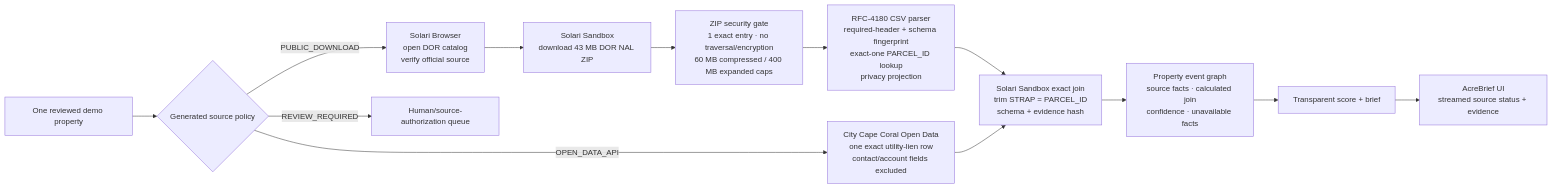
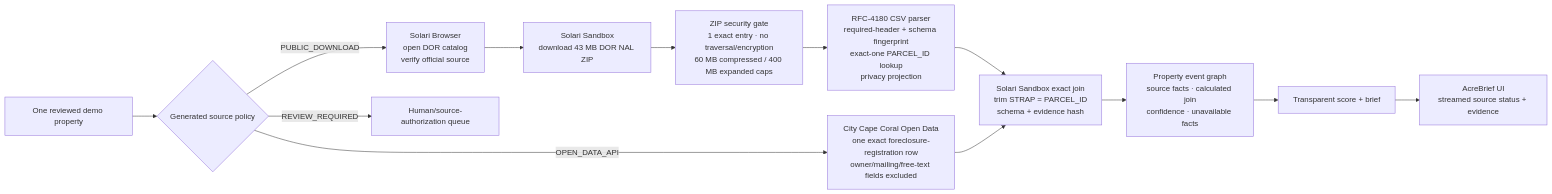
The diagram in docs/SOLARI_ARCHITECTURE.md (GDACS-droid/solari-cookbook), drawn with Mermaid before and after one commit. The commit also changed 30 other files, not shown here.

Commit message:
feat: ship source-dated foreclosure registration investigation

````diff
--- a/docs/SOLARI_ARCHITECTURE.md
+++ b/docs/SOLARI_ARCHITECTURE.md
@@ -9,15 +9,15 @@
 ```mermaid
 flowchart LR
   U[One reviewed demo property] --> P{Generated source policy}
   P -->|PUBLIC_DOWNLOAD| B[Solari Browser\nopen DOR catalog\nverify official source]
   B --> S[Solari Sandbox\ndownload 43 MB DOR NAL ZIP]
   S --> Z[ZIP security gate\n1 exact entry · no traversal/encryption\n60 MB compressed / 400 MB expanded caps]
   Z --> C[RFC-4180 CSV parser\nrequired-header + schema fingerprint\nexact-one PARCEL_ID lookup\nprivacy projection]
-  P -->|OPEN_DATA_API| M[City Cape Coral Open Data\none exact utility-lien row\ncontact/account fields excluded]
+  P -->|OPEN_DATA_API| M[City Cape Coral Open Data\none exact foreclosure-registration row\nowner/mailing/free-text fields excluded]
   C --> J[Solari Sandbox exact join\ntrim STRAP = PARCEL_ID\nschema + evidence hash]
   M --> J
   J --> G[Property event graph\nsource facts · calculated join\nconfidence · unavailable facts]
   G --> Q[Transparent score + brief]
   Q --> UI[AcreBrief UI\nstreamed source status + evidence]
   P -->|REVIEW_REQUIRED| H[Human/source-authorization queue]
 ```
````
